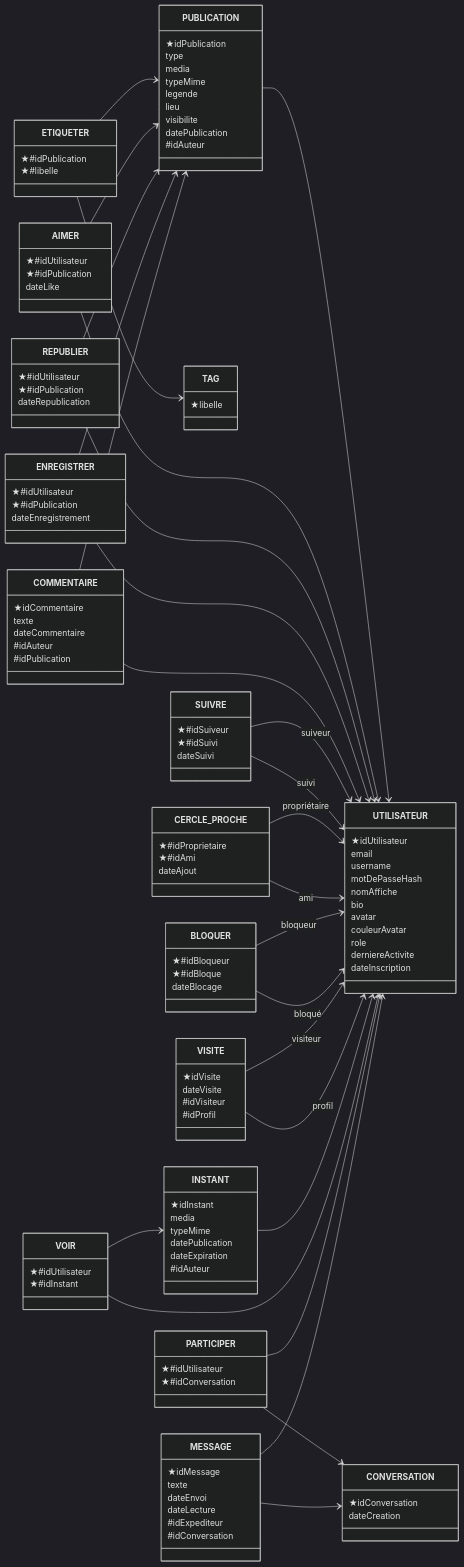
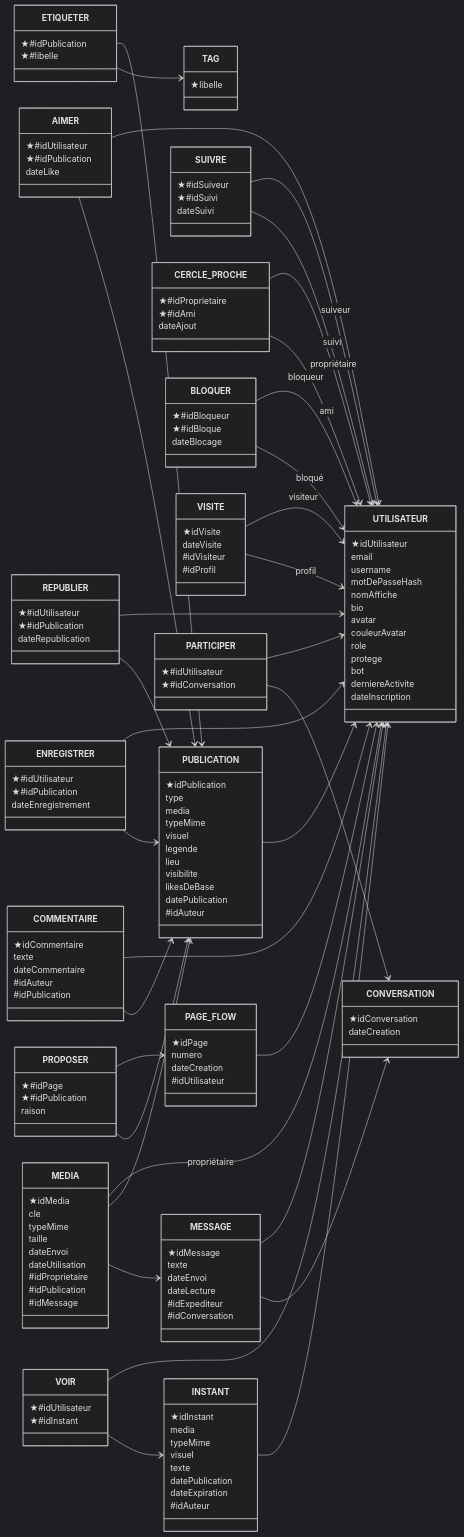
One commit to Kyliantvv/detox-app changed the third of 6 diagrams in docs/db/merise.md. Above: the diagram before and after it, drawn with Mermaid (dark theme). The commit also changed other lines of this file and 3 other files, not shown here.

````diff
--- a/docs/db/merise.md
+++ b/docs/db/merise.md
@@ -208,15 +240,19 @@
   avatar
   couleurAvatar
   role
+  protege
+  bot
   derniereActivite
   dateInscription }
 class PUBLICATION { ★idPublication
   type
   media
   typeMime
+  visuel
   legende
   lieu
   visibilite
+  likesDeBase
   datePublication
   #idAuteur }
 class TAG { ★libelle }
@@ -252,6 +288,8 @@
 class INSTANT { ★idInstant
   media
   typeMime
+  visuel
+  texte
   datePublication
   dateExpiration
   #idAuteur }
@@ -267,6 +305,22 @@
   dateLecture
   #idExpediteur
   #idConversation }
+class MEDIA { ★idMedia
+  cle
+  typeMime
+  taille
+  dateEnvoi
+  dateUtilisation
+  #idProprietaire
+  #idPublication
+  #idMessage }
+class PAGE_FLOW { ★idPage
+  numero
+  dateCreation
+  #idUtilisateur }
+class PROPOSER { ★#idPage
+  ★#idPublication
+  raison }
 PUBLICATION --> UTILISATEUR
 ETIQUETER --> PUBLICATION
 ETIQUETER --> TAG
@@ -293,4 +347,10 @@
 PARTICIPER --> CONVERSATION
 MESSAGE --> UTILISATEUR
 MESSAGE --> CONVERSATION
+MEDIA --> UTILISATEUR : propriétaire
+MEDIA --> PUBLICATION
+MEDIA --> MESSAGE
+PAGE_FLOW --> UTILISATEUR
+PROPOSER --> PAGE_FLOW
+PROPOSER --> PUBLICATION
 ```
````
